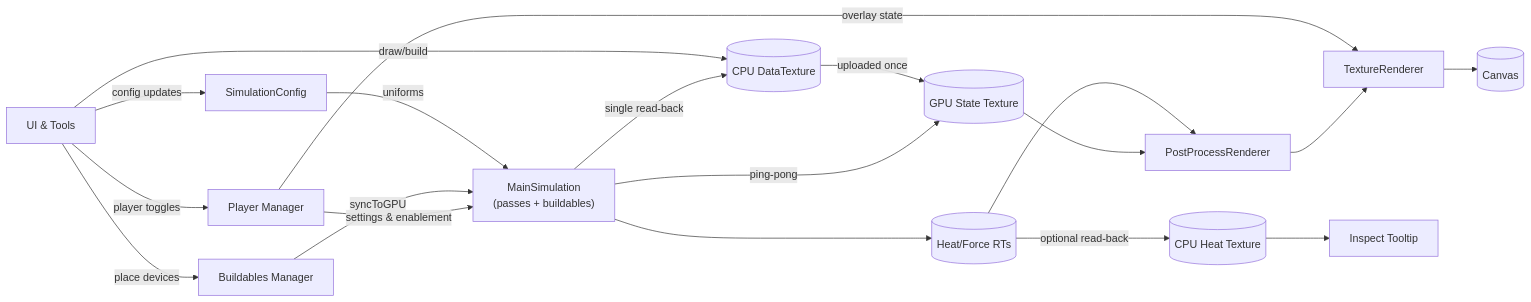
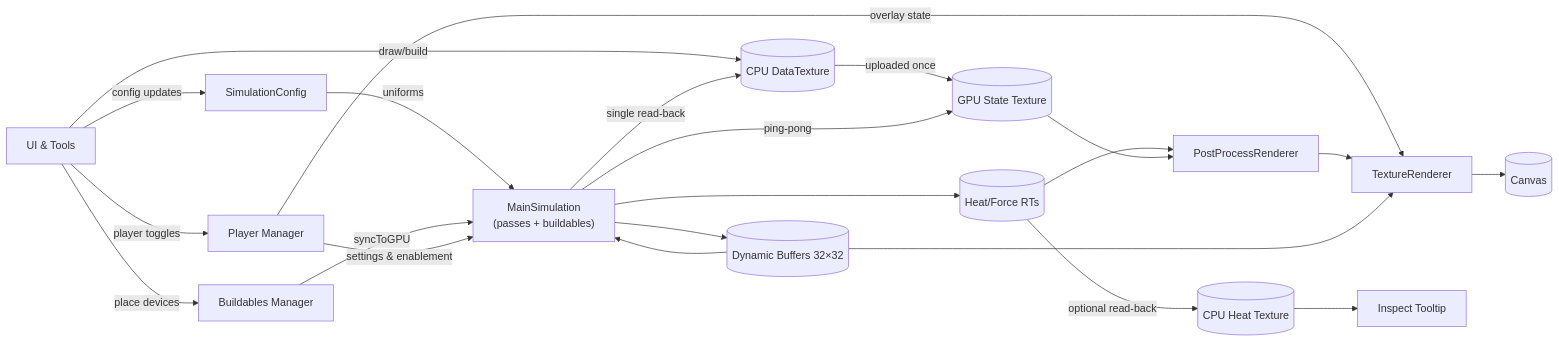
Before and after one commit to gurbano/sandymarton: the second of 2 diagrams in docs/architecture.md, drawn with Mermaid. The commit also changed other lines of this file and 5 other files, not shown here.

````diff
--- a/docs/architecture.md
+++ b/docs/architecture.md
@@ -126,21 +134,24 @@
 ```mermaid
 flowchart LR
     UI[UI & Tools] -->|config updates| SimConfig[SimulationConfig]
     UI -->|draw/build| CPUTexture[(CPU DataTexture)]
     UI -->|place devices| BuildablesMgr[Buildables Manager]
     UI -->|player toggles| PlayerMgr[Player Manager]
     SimConfig -->|uniforms| MainSim
     BuildablesMgr -->|syncToGPU| MainSim
     PlayerMgr -->|settings & enablement| MainSim
     PlayerMgr -->|overlay state| Renderer
     CPUTexture -->|uploaded once| GPUState[(GPU State Texture)]
   MainSim["MainSimulation<br/>(passes + buildables)"] -->|ping-pong| GPUState
     MainSim --> HeatRTs[(Heat/Force RTs)]
+    MainSim --> DynBuffers[(Dynamic Buffers 32×32)]
     HeatRTs --> PostFX[PostProcessRenderer]
     GPUState --> PostFX
     PostFX --> Renderer[TextureRenderer]
     Renderer --> Canvas[(Canvas)]
     MainSim -->|single read-back| CPUTexture
     HeatRTs -->|optional read-back| CPUHeat[(CPU Heat Texture)]
     CPUHeat --> Inspector[Inspect Tooltip]
+    DynBuffers --> MainSim
+    DynBuffers --> Renderer
 ```
````
